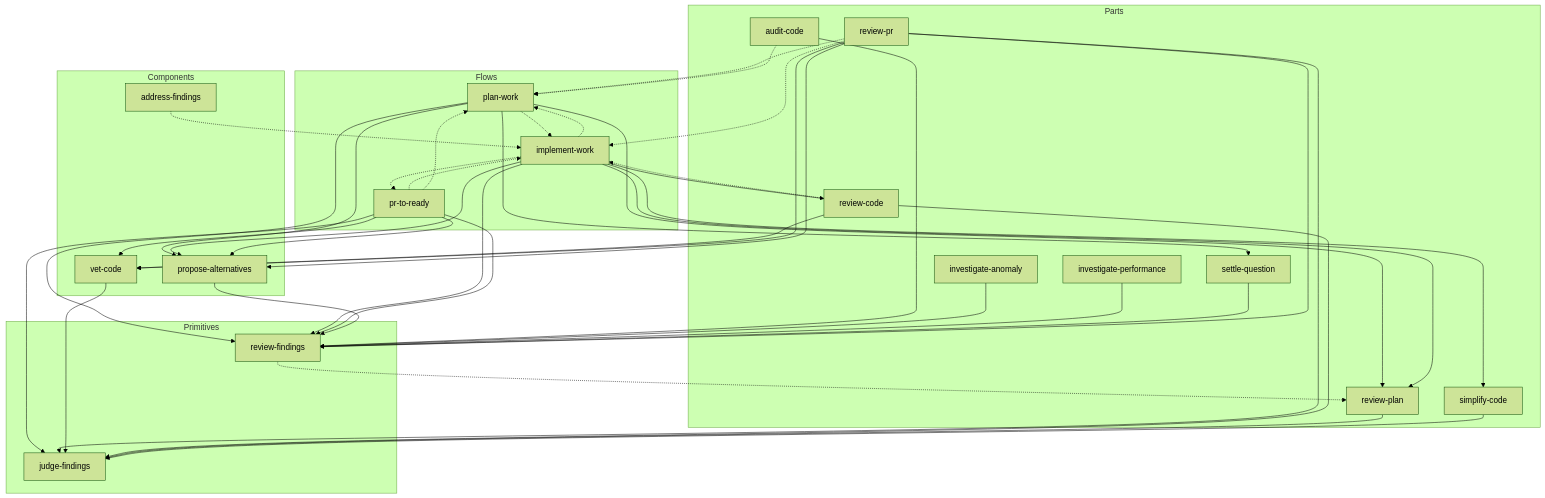
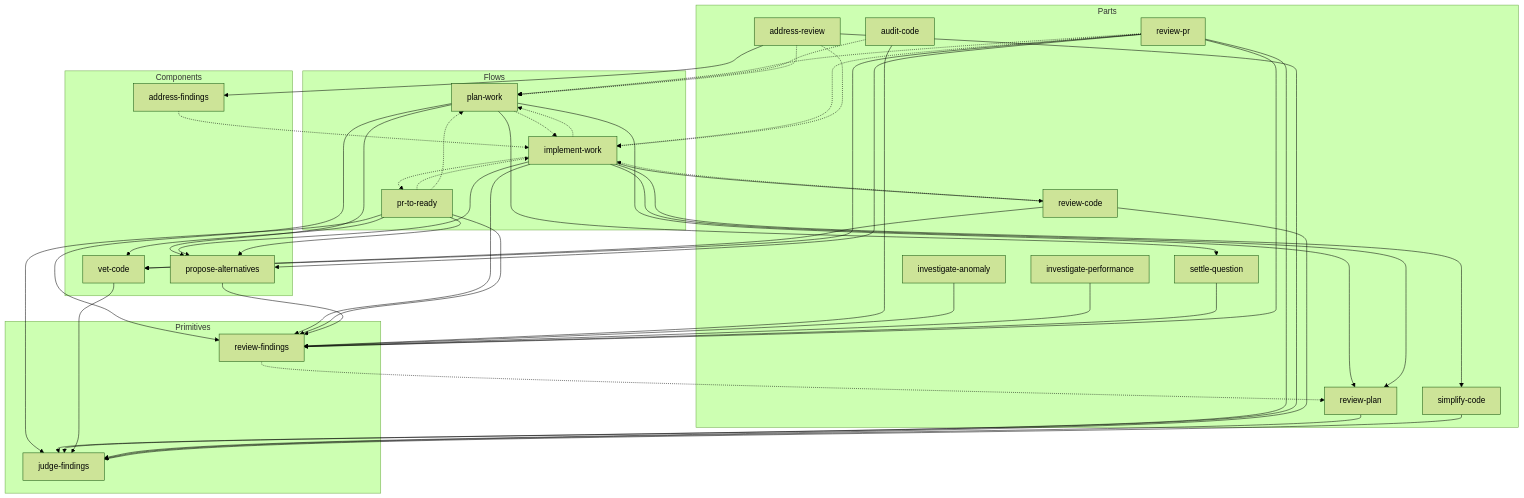
Before and after one commit to yowcow/dude: the first of 2 diagrams in README.md, drawn with Mermaid (forest theme). The commit also changed other lines of this file and 2 other files, not shown here.

Commit message:
docs: address-review を README・マニフェスト・作者確認 tool のヘッダーに登録する
README の表と依存図、.muse-plugin の skills 一覧、check-pr-author.sh の呼び出し元コメントに address-review を加えた。

````diff
--- a/README.md
+++ b/README.md
@@ -39,67 +40,72 @@
 ```mermaid
 flowchart TB
   subgraph Flows
     plan-work
     implement-work
     pr-to-ready
   end
   subgraph Parts
     review-code
     review-plan
     simplify-code
     review-pr
     audit-code
     settle-question
     investigate-anomaly
     investigate-performance
+    address-review
   end
   subgraph Components
     vet-code
     propose-alternatives
     address-findings
   end
   subgraph Primitives
     judge-findings
     review-findings
   end
 
   plan-work -.-> implement-work
   implement-work -.-> plan-work
   implement-work -.-> pr-to-ready
   pr-to-ready -.-> implement-work
   pr-to-ready -.-> plan-work
   review-code -.-> implement-work
   review-pr -.-> implement-work
   review-pr -.-> plan-work
   audit-code -.-> plan-work
   review-findings -.-> review-plan
   address-findings -.-> implement-work
+  address-review -.-> implement-work
+  address-review -.-> plan-work
 
   plan-work --> review-plan
   plan-work --> settle-question
   plan-work --> propose-alternatives
   plan-work --> review-findings
   implement-work --> review-code
   implement-work --> review-plan
   implement-work --> simplify-code
   implement-work --> propose-alternatives
   implement-work --> review-findings
   pr-to-ready --> vet-code
   pr-to-ready --> judge-findings
   pr-to-ready --> propose-alternatives
   pr-to-ready --> review-findings
   audit-code --> review-findings
   investigate-anomaly --> review-findings
   investigate-performance --> review-findings
   settle-question --> review-findings
   review-code --> vet-code
   review-pr --> vet-code
   review-pr --> judge-findings
   review-pr --> propose-alternatives
   review-pr --> review-findings
+  address-review --> judge-findings
+  address-review --> address-findings
   propose-alternatives --> review-findings
   vet-code --> judge-findings
   review-code --> judge-findings
   review-plan --> judge-findings
   simplify-code --> judge-findings
 ```
````
